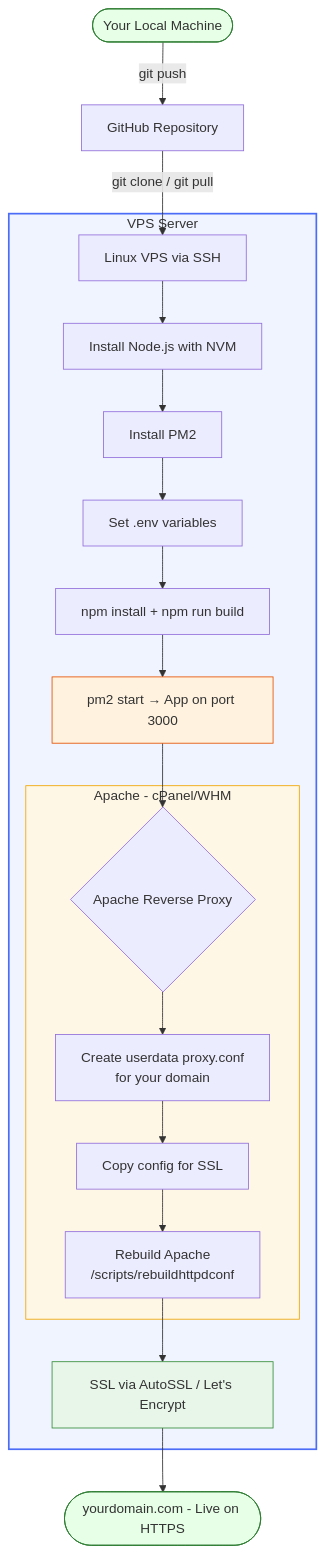
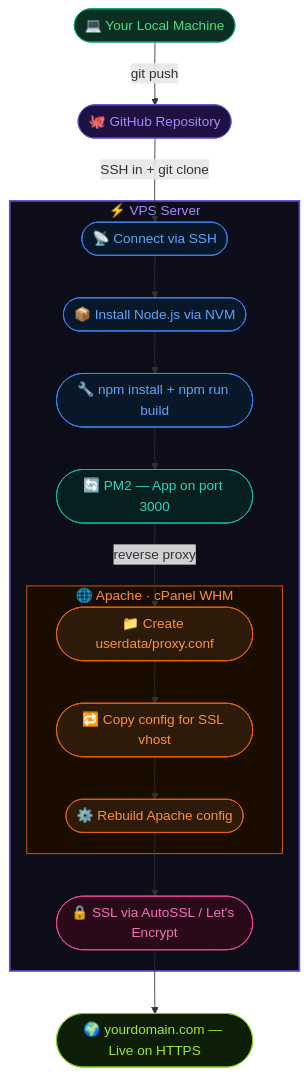
Before and after one commit to ali-shayann/nextjs-vps-deployment-guide: the diagram in README.md, drawn with Mermaid. The commit also changed other lines of this file, not shown here.

````diff
--- a/README.md
+++ b/README.md
@@ -17,32 +25,34 @@
 ```mermaid
 flowchart TD
-    A([Your Local Machine]) -->|git push| B[GitHub Repository]
-    B -->|git clone / git pull| C[Linux VPS via SSH]
+    A([💻 Your Local Machine]):::green -->|git push| B([🐙 GitHub Repository]):::purple
+    B -->|SSH in + git clone| C
 
-    subgraph VPS [VPS Server]
-        C --> D[Install Node.js with NVM]
-        D --> E[Install PM2]
-        E --> F[Set .env variables]
-        F --> G[npm install + npm run build]
-        G --> H[pm2 start → App on port 3000]
+    subgraph VPS [" ⚡ VPS Server "]
+        C([📡 Connect via SSH]):::blue --> D([📦 Install Node.js via NVM]):::blue
+        D --> E([🔧 npm install + npm run build]):::blue
+        E --> F([🔄 PM2 — App on port 3000]):::teal
 
-        H --> I{Apache Reverse Proxy}
+        F -->|reverse proxy| G
 
-        subgraph Apache [Apache - cPanel/WHM]
-            I --> J[Create userdata proxy.conf\nfor your domain]
-            J --> K[Copy config for SSL]
-            K --> L[Rebuild Apache\n/scripts/rebuildhttpdconf]
+        subgraph APACHE [" 🌐 Apache · cPanel WHM "]
+            G([📁 Create userdata/proxy.conf]):::orange
+            G --> H([🔁 Copy config for SSL vhost]):::orange
+            H --> I([⚙️ Rebuild Apache config]):::orange
         end
 
-        L --> M[SSL via AutoSSL / Let's Encrypt]
+        I --> J([🔒 SSL via AutoSSL / Let's Encrypt]):::pink
     end
 
-    M --> N([yourdomain.com - Live on HTTPS])
+    J --> K([🌍 yourdomain.com — Live on HTTPS]):::lime
 
-    style VPS fill:#f0f4ff,stroke:#4a6cf7,stroke-width:2px
-    style Apache fill:#fff7e6,stroke:#f0a500,stroke-width:1px
-    style A fill:#e6ffe6,stroke:#2e7d32
-    style N fill:#e6ffe6,stroke:#2e7d32
-    style H fill:#fff3e0,stroke:#e65100
-    style M fill:#e8f5e9,stroke:#388e3c
+    classDef green  fill:#0d2e22,stroke:#0e9f6e,color:#4ade80
+    classDef purple fill:#1e1040,stroke:#5b4fcf,color:#a78bfa
+    classDef blue   fill:#081828,stroke:#3b82f6,color:#60a5fa
+    classDef teal   fill:#062020,stroke:#14b8a6,color:#2dd4bf
+    classDef orange fill:#2e1a08,stroke:#e8650a,color:#fb923c
+    classDef pink   fill:#2a0a18,stroke:#ec4899,color:#f472b6
+    classDef lime   fill:#0c1e08,stroke:#84cc16,color:#a3e635
+
+    style VPS fill:#0d0d1a,stroke:#5b4fcf,stroke-width:2px,color:#a78bfa
+    style APACHE fill:#1a0d00,stroke:#e8650a,stroke-width:1px,color:#fb923c
 ```
````
